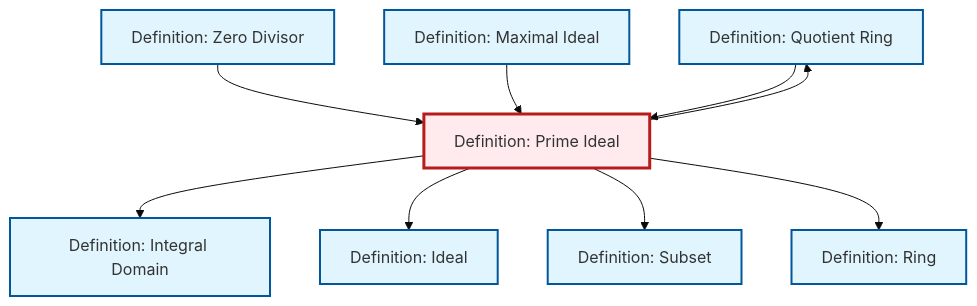
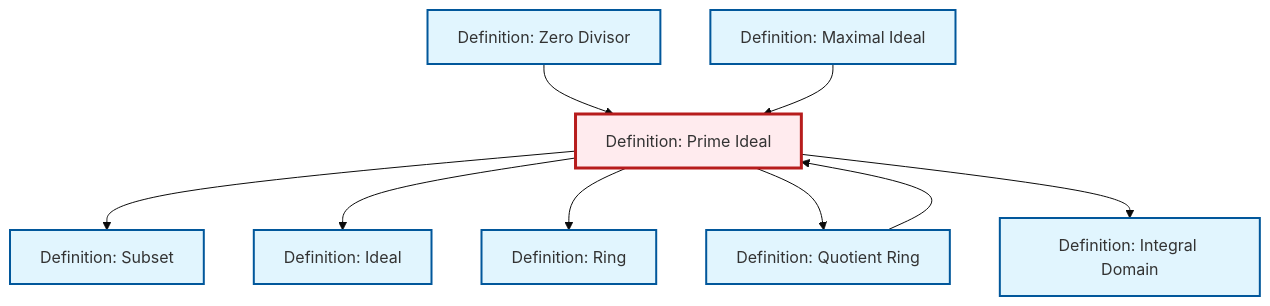
Before and after one commit to RK0429/ModernMath: the diagram in output/mermaid/en/def-prime-ideal.mermaid, drawn with Mermaid (base theme). The commit also changed other lines of this file and 3096 other files, not shown here.

```diff
--- a/output/mermaid/en/def-prime-ideal.mermaid
+++ b/output/mermaid/en/def-prime-ideal.mermaid
@@ -1,24 +1,24 @@
 %%| fig-cap: "Local dependency graph"
 graph TD
     classDef definition fill:#e1f5fe,stroke:#01579b,stroke-width:2px
     classDef theorem fill:#f3e5f5,stroke:#4a148c,stroke-width:2px
     classDef axiom fill:#fff3e0,stroke:#e65100,stroke-width:2px
     classDef example fill:#e8f5e9,stroke:#1b5e20,stroke-width:2px
     classDef current fill:#ffebee,stroke:#b71c1c,stroke-width:3px
+    def-subset["Definition: Subset"]:::definition
+    def-zero-divisor["Definition: Zero Divisor"]:::definition
+    def-prime-ideal["Definition: Prime Ideal"]:::definition
     def-integral-domain["Definition: Integral Domain"]:::definition
+    def-ring["Definition: Ring"]:::definition
+    def-maximal-ideal["Definition: Maximal Ideal"]:::definition
     def-quotient-ring["Definition: Quotient Ring"]:::definition
-    def-zero-divisor["Definition: Zero Divisor"]:::definition
     def-ideal["Definition: Ideal"]:::definition
-    def-ring["Definition: Ring"]:::definition
-    def-subset["Definition: Subset"]:::definition
-    def-prime-ideal["Definition: Prime Ideal"]:::definition
-    def-maximal-ideal["Definition: Maximal Ideal"]:::definition
+    def-zero-divisor --> def-prime-ideal
+    def-prime-ideal --> def-subset
+    def-prime-ideal --> def-ideal
+    def-quotient-ring --> def-prime-ideal
+    def-prime-ideal --> def-ring
+    def-prime-ideal --> def-quotient-ring
     def-prime-ideal --> def-integral-domain
-    def-zero-divisor --> def-prime-ideal
-    def-prime-ideal --> def-ideal
     def-maximal-ideal --> def-prime-ideal
-    def-prime-ideal --> def-quotient-ring
-    def-prime-ideal --> def-subset
-    def-prime-ideal --> def-ring
-    def-quotient-ring --> def-prime-ideal
     class def-prime-ideal current
```
